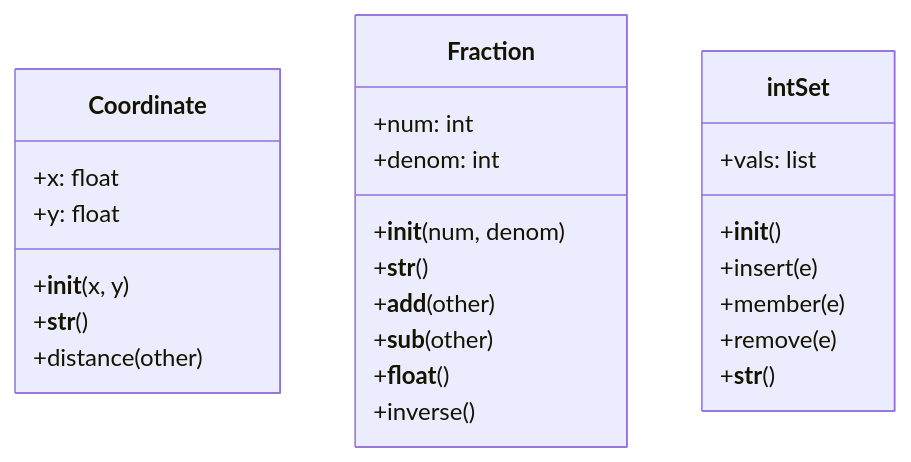
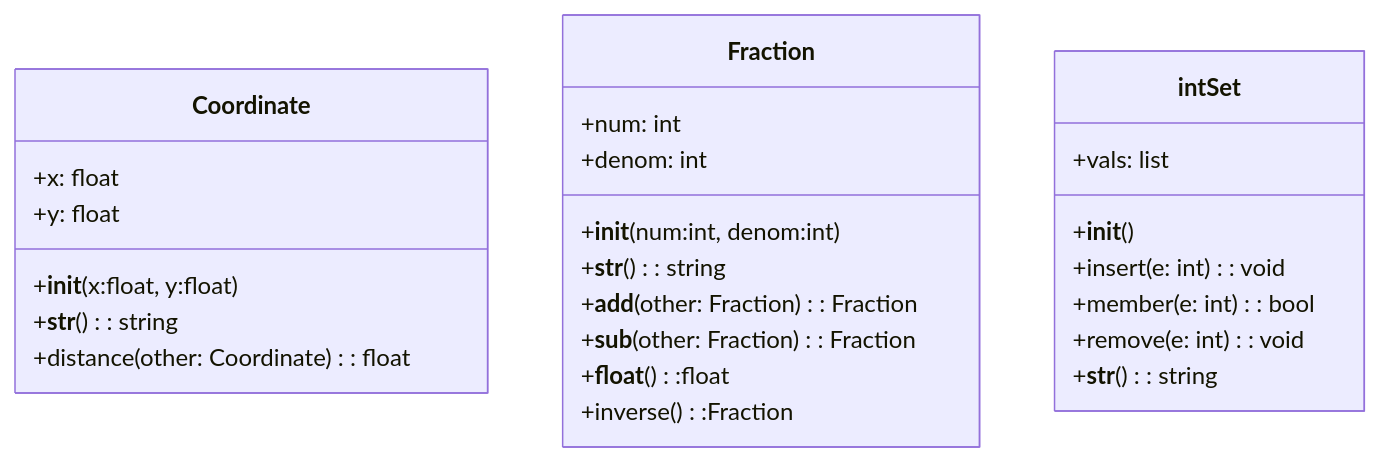
Before and after one commit to ARG-NCTU/oop-python-nycu: the diagram in tests/group10/diagram_class_lec8.md, drawn with Mermaid.

Commit message:
modified diagram _class_lec8.md

````diff
--- a/tests/group10/diagram_class_lec8.md
+++ b/tests/group10/diagram_class_lec8.md
@@ -1,30 +1,30 @@
 ```mermaid
 classDiagram
     class Coordinate {
         +x: float
         +y: float
-        +__init__(x, y)
-        +__str__()
-        +distance(other)
+        +__init__(x:float, y:float)
+        +__str__() : string
+        +distance(other: Coordinate) : float
     }
 
     class Fraction {
         +num: int
         +denom: int
-        +__init__(num, denom)
-        +__str__()
-        +__add__(other)
-        +__sub__(other)
-        +__float__()
-        +inverse()
+        +__init__(num:int, denom:int)
+        +__str__() : string
+        +__add__(other: Fraction) : Fraction
+        +__sub__(other: Fraction) : Fraction
+        +__float__() :float
+        +inverse() :Fraction
     }
 
     class intSet {
         +vals: list
         +__init__()
-        +insert(e)
-        +member(e)
-        +remove(e)
-        +__str__()
+        +insert(e: int): void
+        +member(e: int): bool 
+        +remove(e: int): void
+        +__str__(): string
     }
 ```
````
